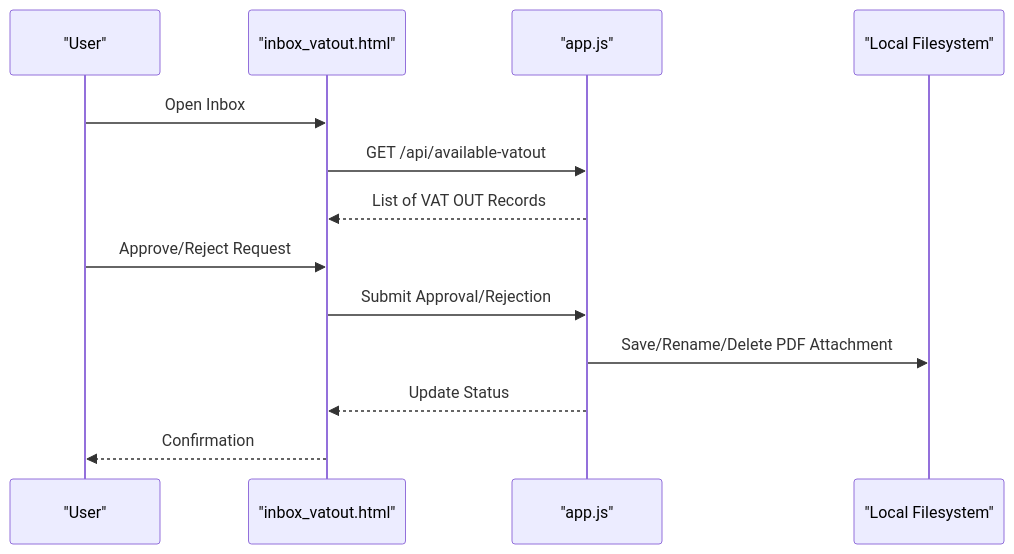
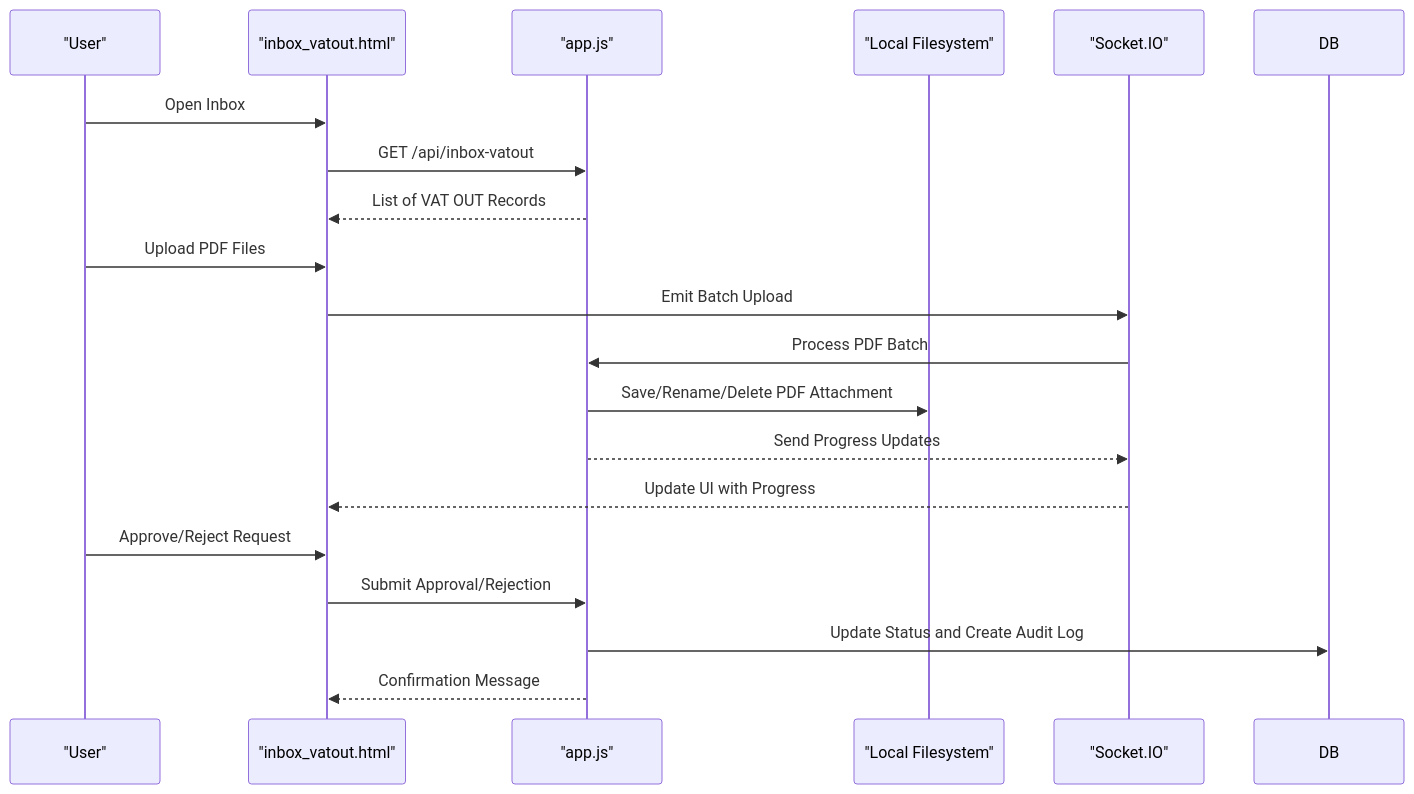
One commit to rendisiagian/TDS_by_RENDISIAGIAN changed the eighth of 11 diagrams in .qoder/repowiki/en/content/VAT Management System/VAT Output (VAT OUT).md. Above: the diagram before and after it, drawn with Mermaid. The commit also changed other lines of this file and 38 other files, not shown here.

````diff
--- a/.qoder/repowiki/en/content/VAT Management System/VAT Output (VAT OUT).md
+++ b/.qoder/repowiki/en/content/VAT Management System/VAT Output (VAT OUT).md
@@ -314,15 +393,21 @@
 ```mermaid
 sequenceDiagram
 participant User as "User"
 participant UI as "inbox_vatout.html"
 participant API as "app.js"
 participant FS as "Local Filesystem"
+participant Socket as "Socket.IO"
 User->>UI : Open Inbox
-UI->>API : GET /api/available-vatout
+UI->>API : GET /api/inbox-vatout
 API-->>UI : List of VAT OUT Records
+User->>UI : Upload PDF Files
+UI->>Socket : Emit Batch Upload
+Socket->>API : Process PDF Batch
+API->>FS : Save/Rename/Delete PDF Attachment
+API-->>Socket : Send Progress Updates
+Socket-->>UI : Update UI with Progress
 User->>UI : Approve/Reject Request
 UI->>API : Submit Approval/Rejection
-API->>FS : Save/Rename/Delete PDF Attachment
-API-->>UI : Update Status
-UI-->>User : Confirmation
+API->>DB : Update Status and Create Audit Log
+API-->>UI : Confirmation Message
 ```
````
